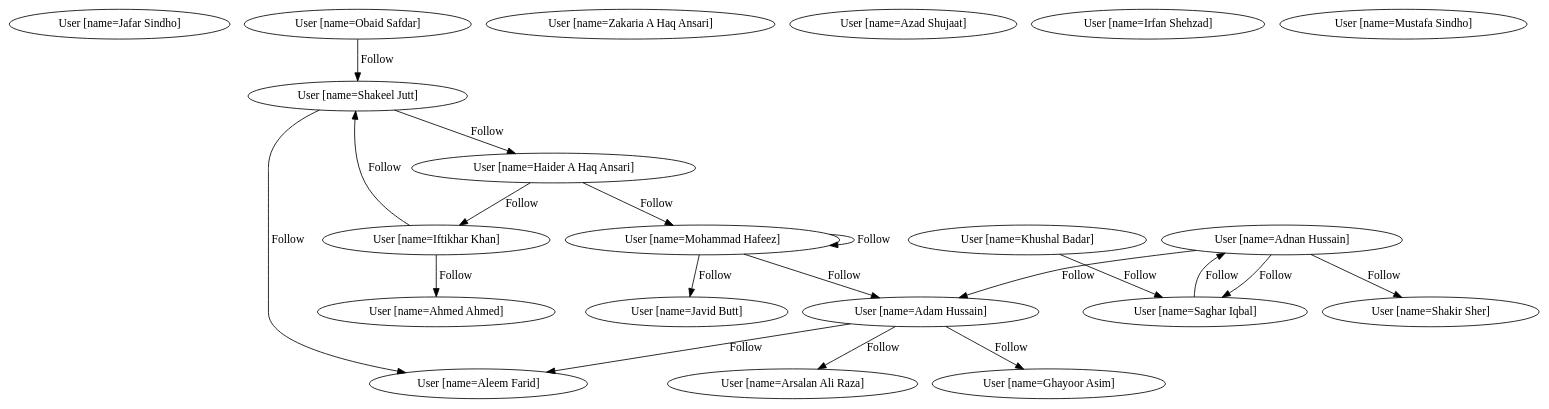
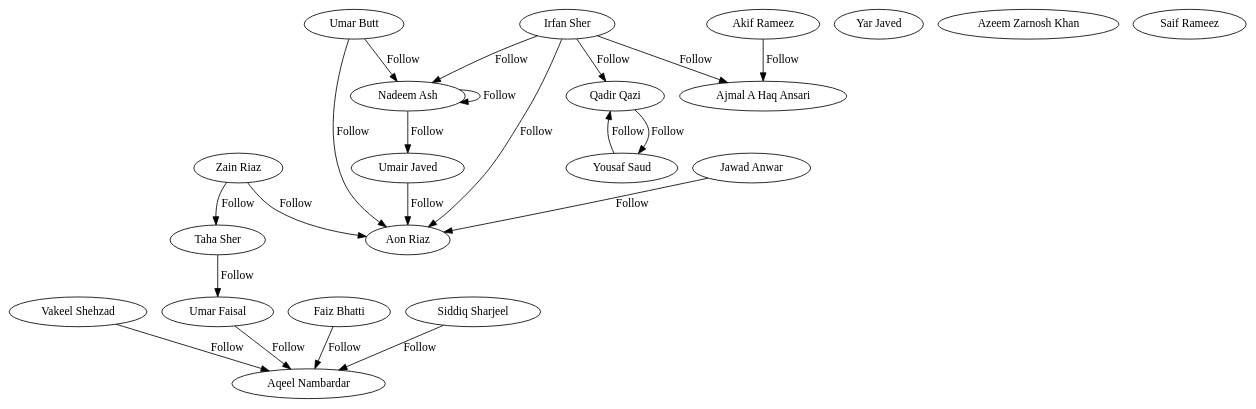
The diagram in graph.dot (ubaid4j/SocialNetworkNeo4j), drawn with Graphviz before and after one commit. The commit also changed 15 other files, not shown here.

```diff
--- a/graph.dot
+++ b/graph.dot
@@ -1,40 +1,42 @@
 strict digraph G {
-  Jafar_Sindho [ label="User [name=Jafar Sindho]" ];
-  Obaid_Safdar [ label="User [name=Obaid Safdar]" ];
-  Adnan_Hussain [ label="User [name=Adnan Hussain]" ];
-  Zakaria_A_Haq_Ansari [ label="User [name=Zakaria A Haq Ansari]" ];
-  Azad_Shujaat [ label="User [name=Azad Shujaat]" ];
-  Javid_Butt [ label="User [name=Javid Butt]" ];
-  Ahmed_Ahmed [ label="User [name=Ahmed Ahmed]" ];
-  Khushal_Badar [ label="User [name=Khushal Badar]" ];
-  Iftikhar_Khan [ label="User [name=Iftikhar Khan]" ];
-  Aleem_Farid [ label="User [name=Aleem Farid]" ];
-  Arsalan_Ali_Raza [ label="User [name=Arsalan Ali Raza]" ];
-  Irfan_Shehzad [ label="User [name=Irfan Shehzad]" ];
-  Saghar_Iqbal [ label="User [name=Saghar Iqbal]" ];
-  Shakir_Sher [ label="User [name=Shakir Sher]" ];
-  Mustafa_Sindho [ label="User [name=Mustafa Sindho]" ];
-  Shakeel_Jutt [ label="User [name=Shakeel Jutt]" ];
-  Mohammad_Hafeez [ label="User [name=Mohammad Hafeez]" ];
-  Adam_Hussain [ label="User [name=Adam Hussain]" ];
-  Haider_A_Haq_Ansari [ label="User [name=Haider A Haq Ansari]" ];
-  Ghayoor_Asim [ label="User [name=Ghayoor Asim]" ];
-  Adnan_Hussain -> Shakir_Sher [ label="Follow" ];
-  Shakeel_Jutt -> Aleem_Farid [ label="Follow" ];
-  Haider_A_Haq_Ansari -> Mohammad_Hafeez [ label="Follow" ];
-  Adam_Hussain -> Ghayoor_Asim [ label="Follow" ];
-  Mohammad_Hafeez -> Adam_Hussain [ label="Follow" ];
-  Adnan_Hussain -> Saghar_Iqbal [ label="Follow" ];
-  Mohammad_Hafeez -> Javid_Butt [ label="Follow" ];
-  Shakeel_Jutt -> Haider_A_Haq_Ansari [ label="Follow" ];
-  Adnan_Hussain -> Adam_Hussain [ label="Follow" ];
-  Obaid_Safdar -> Shakeel_Jutt [ label="Follow" ];
-  Adam_Hussain -> Aleem_Farid [ label="Follow" ];
-  Iftikhar_Khan -> Ahmed_Ahmed [ label="Follow" ];
-  Mohammad_Hafeez -> Mohammad_Hafeez [ label="Follow" ];
-  Saghar_Iqbal -> Adnan_Hussain [ label="Follow" ];
-  Adam_Hussain -> Arsalan_Ali_Raza [ label="Follow" ];
-  Khushal_Badar -> Saghar_Iqbal [ label="Follow" ];
-  Haider_A_Haq_Ansari -> Iftikhar_Khan [ label="Follow" ];
-  Iftikhar_Khan -> Shakeel_Jutt [ label="Follow" ];
+  Vakeel_Shehzad [ label="Vakeel Shehzad" ];
+  Yar_Javed [ label="Yar Javed" ];
+  Azeem_Zarnosh_Khan [ label="Azeem Zarnosh Khan" ];
+  Ajmal_A_Haq_Ansari [ label="Ajmal A Haq Ansari" ];
+  Saif_Rameez [ label="Saif Rameez" ];
+  Yousaf_Saud [ label="Yousaf Saud" ];
+  Umar_Butt [ label="Umar Butt" ];
+  Zain_Riaz [ label="Zain Riaz" ];
+  Umar_Faisal [ label="Umar Faisal" ];
+  Qadir_Qazi [ label="Qadir Qazi" ];
+  Taha_Sher [ label="Taha Sher" ];
+  Irfan_Sher [ label="Irfan Sher" ];
+  Faiz_Bhatti [ label="Faiz Bhatti" ];
+  Umair_Javed [ label="Umair Javed" ];
+  Aon_Riaz [ label="Aon Riaz" ];
+  Akif_Rameez [ label="Akif Rameez" ];
+  Siddiq_Sharjeel [ label="Siddiq Sharjeel" ];
+  Aqeel_Nambardar [ label="Aqeel Nambardar" ];
+  Nadeem_Ash [ label="Nadeem Ash" ];
+  Jawad_Anwar [ label="Jawad Anwar" ];
+  Vakeel_Shehzad -> Aqeel_Nambardar [ label="Follow" ];
+  Irfan_Sher -> Ajmal_A_Haq_Ansari [ label="Follow" ];
+  Irfan_Sher -> Nadeem_Ash [ label="Follow" ];
+  Siddiq_Sharjeel -> Aqeel_Nambardar [ label="Follow" ];
+  Nadeem_Ash -> Nadeem_Ash [ label="Follow" ];
+  Zain_Riaz -> Aon_Riaz [ label="Follow" ];
+  Taha_Sher -> Umar_Faisal [ label="Follow" ];
+  Yousaf_Saud -> Qadir_Qazi [ label="Follow" ];
+  Irfan_Sher -> Qadir_Qazi [ label="Follow" ];
+  Jawad_Anwar -> Aon_Riaz [ label="Follow" ];
+  Zain_Riaz -> Taha_Sher [ label="Follow" ];
+  Irfan_Sher -> Aon_Riaz [ label="Follow" ];
+  Faiz_Bhatti -> Aqeel_Nambardar [ label="Follow" ];
+  Umair_Javed -> Aon_Riaz [ label="Follow" ];
+  Nadeem_Ash -> Umair_Javed [ label="Follow" ];
+  Umar_Faisal -> Aqeel_Nambardar [ label="Follow" ];
+  Umar_Butt -> Aon_Riaz [ label="Follow" ];
+  Qadir_Qazi -> Yousaf_Saud [ label="Follow" ];
+  Umar_Butt -> Nadeem_Ash [ label="Follow" ];
+  Akif_Rameez -> Ajmal_A_Haq_Ansari [ label="Follow" ];
 }
```
